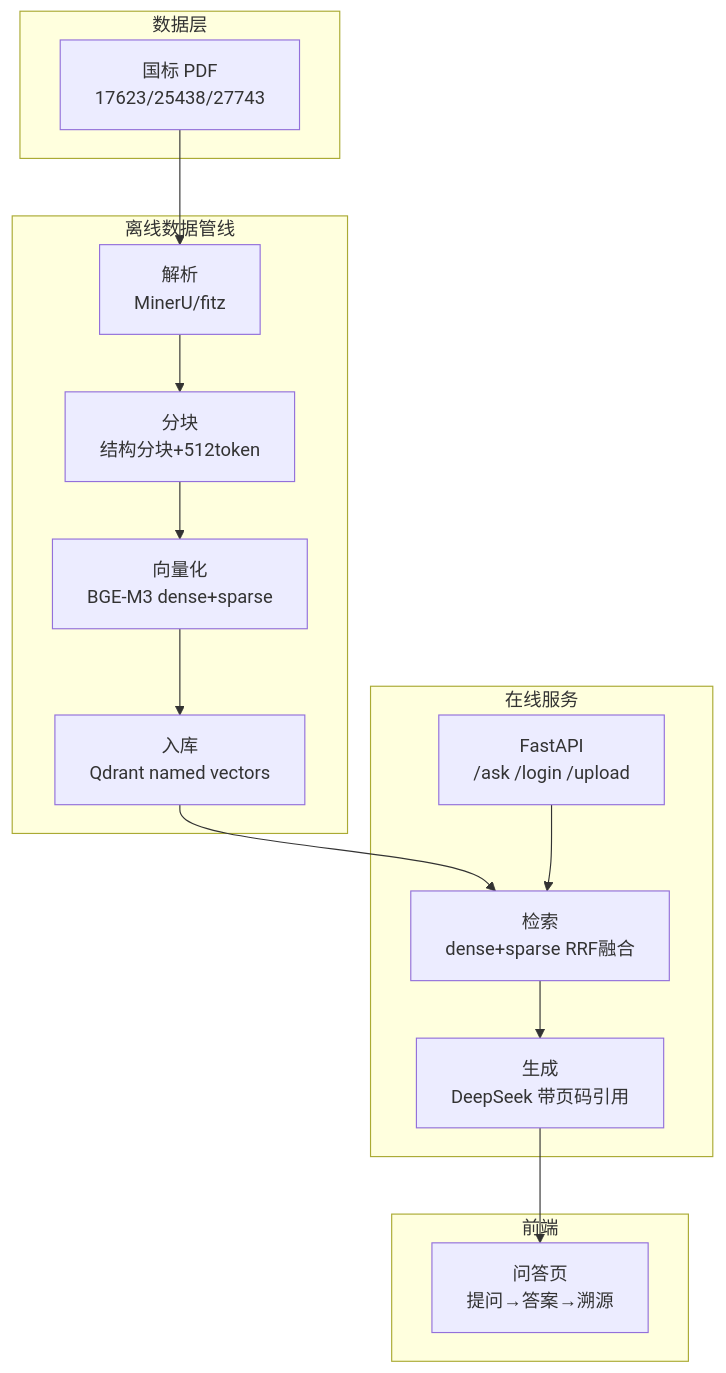
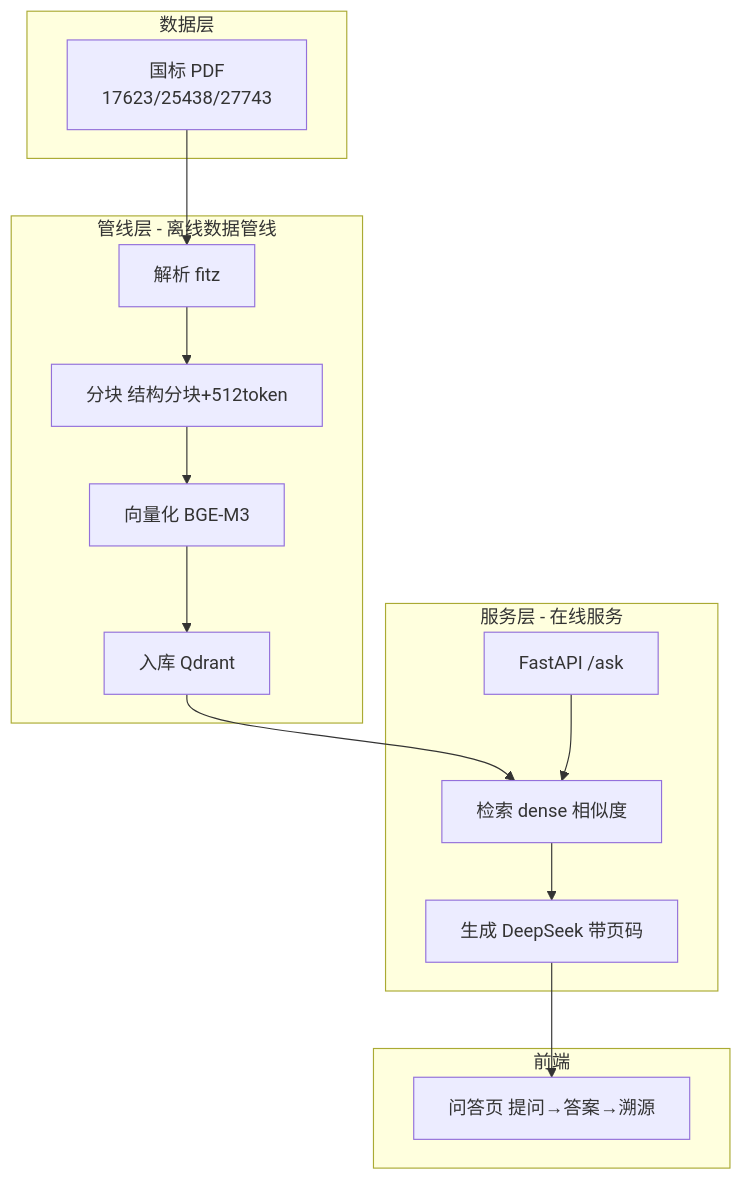
The first of 3 diagrams in docs/02-系统架构与选型.md (lizh996/w2-knowledge-assistant), drawn with Mermaid before and after one commit. The commit also changed other lines of this file and 5 other files, not shown here.

````diff
--- a/docs/02-系统架构与选型.md
+++ b/docs/02-系统架构与选型.md
@@ -5,24 +11,24 @@
 ```mermaid
 flowchart TB
-    subgraph 数据层
+    subgraph s1["数据层"]
         PDF[国标 PDF<br/>17623/25438/27743]
     end
-    subgraph 管线层[离线数据管线]
-        P1[解析<br/>MinerU/fitz] --> P2[分块<br/>结构分块+512token]
-        P2 --> P3[向量化<br/>BGE-M3 dense+sparse]
-        P3 --> P4[入库<br/>Qdrant named vectors]
+    subgraph s2["管线层 - 离线数据管线"]
+        P1[解析 fitz] --> P2[分块 结构分块+512token]
+        P2 --> P3[向量化 BGE-M3]
+        P3 --> P4[入库 Qdrant]
     end
-    subgraph 服务层[在线服务]
-        API[FastAPI<br/>/ask /login /upload]
-        RET[检索<br/>dense+sparse RRF融合]
-        GEN[生成<br/>DeepSeek 带页码引用]
+    subgraph s3["服务层 - 在线服务"]
+        API[FastAPI /ask]
+        RET[检索 dense 相似度]
+        GEN[生成 DeepSeek 带页码]
     end
-    subgraph 前端
-        UI[问答页<br/>提问→答案→溯源]
+    subgraph s4["前端"]
+        UI[问答页 提问→答案→溯源]
     end
     PDF --> P1
     P4 --> RET
     RET --> GEN
     GEN --> UI
     API --> RET
 ```
````
